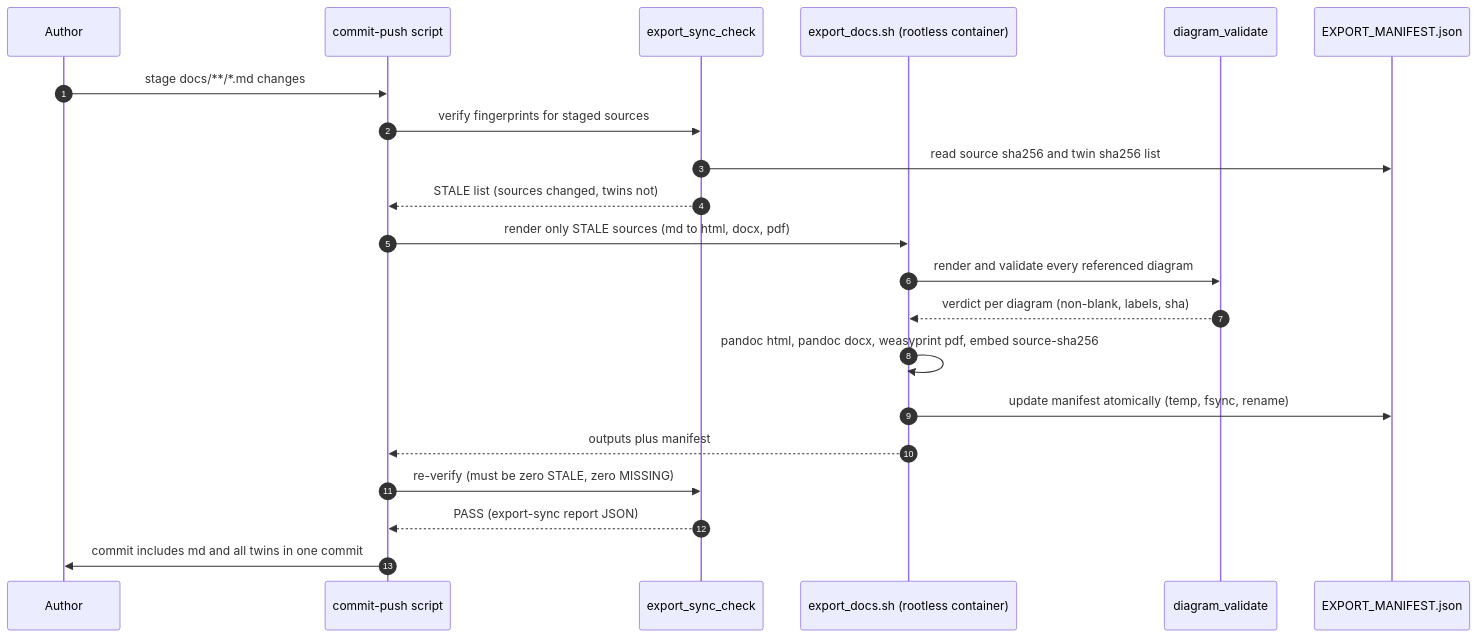
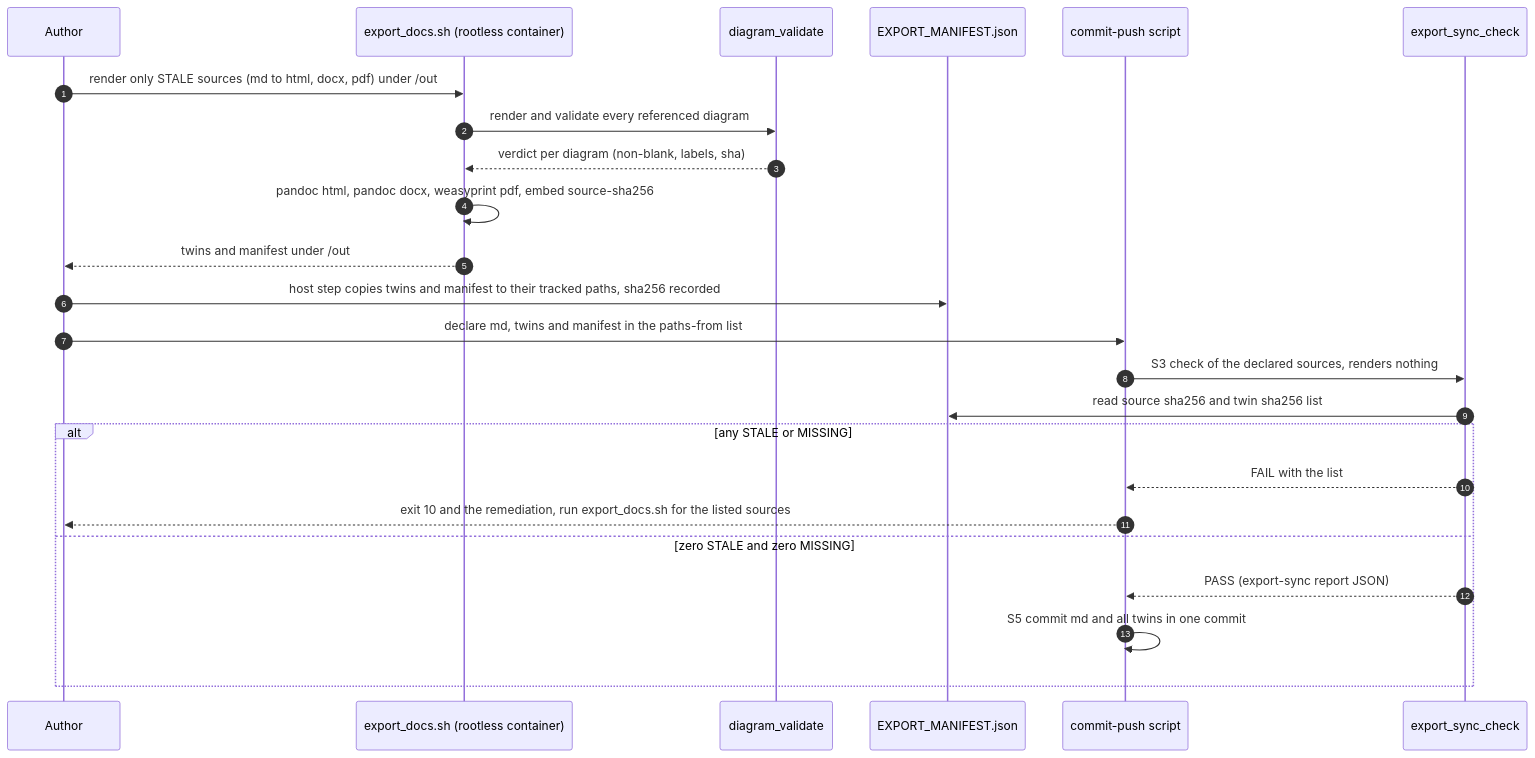
Before and after one commit to vasic-digital/catalogizer: the second of 3 diagrams in specs/001-full-project-audit-remediation/docs/13-documentation-program-plan.md, drawn with Mermaid. The commit also changed other lines of this file and 20 other files, not shown here.

````diff
--- a/specs/001-full-project-audit-remediation/docs/13-documentation-program-plan.md
+++ b/specs/001-full-project-audit-remediation/docs/13-documentation-program-plan.md
@@ -408,23 +410,26 @@
 ```mermaid
 sequenceDiagram
   autonumber
   participant Dev as Author
-  participant Cmt as commit-push script
-  participant Chk as export_sync_check
   participant Exp as export_docs.sh (rootless container)
   participant Dia as diagram_validate
   participant Man as EXPORT_MANIFEST.json
-  Dev->>Cmt: stage docs/**/*.md changes
-  Cmt->>Chk: verify fingerprints for staged sources
-  Chk->>Man: read source sha256 and twin sha256 list
-  Chk-->>Cmt: STALE list (sources changed, twins not)
-  Cmt->>Exp: render only STALE sources (md to html, docx, pdf)
+  participant Cmt as commit-push script
+  participant Chk as export_sync_check
+  Dev->>Exp: render only STALE sources (md to html, docx, pdf) under /out
   Exp->>Dia: render and validate every referenced diagram
   Dia-->>Exp: verdict per diagram (non-blank, labels, sha)
   Exp->>Exp: pandoc html, pandoc docx, weasyprint pdf, embed source-sha256
-  Exp->>Man: update manifest atomically (temp, fsync, rename)
-  Exp-->>Cmt: outputs plus manifest
-  Cmt->>Chk: re-verify (must be zero STALE, zero MISSING)
-  Chk-->>Cmt: PASS (export-sync report JSON)
-  Cmt->>Dev: commit includes md and all twins in one commit
+  Exp-->>Dev: twins and manifest under /out
+  Dev->>Man: host step copies twins and manifest to their tracked paths, sha256 recorded
+  Dev->>Cmt: declare md, twins and manifest in the paths-from list
+  Cmt->>Chk: S3 check of the declared sources, renders nothing
+  Chk->>Man: read source sha256 and twin sha256 list
+  alt any STALE or MISSING
+    Chk-->>Cmt: FAIL with the list
+    Cmt-->>Dev: exit 10 and the remediation, run export_docs.sh for the listed sources
+  else zero STALE and zero MISSING
+    Chk-->>Cmt: PASS (export-sync report JSON)
+    Cmt->>Cmt: S5 commit md and all twins in one commit
+  end
 ```
````
